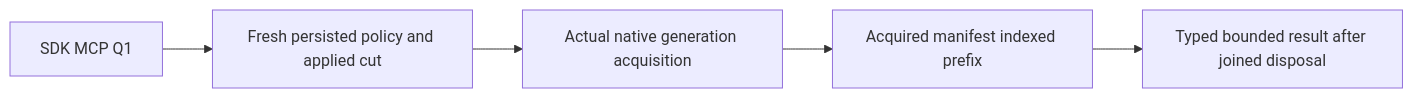
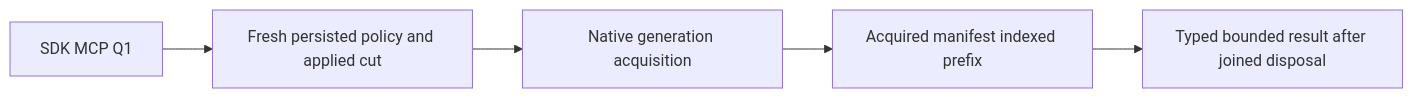
One commit to managedcode/KeyLoad changed the third of 3 diagrams in docs/Features/Search.md. Above: the diagram before and after it, drawn with Mermaid. The commit also changed other lines of this file and 7356 other files, not shown here.

````diff
--- a/docs/Features/Search.md
+++ b/docs/Features/Search.md
@@ -520,7 +124,7 @@
 ```mermaid
 flowchart LR
   Caller[SDK MCP Q1] --> Authority[Fresh persisted policy and applied cut]
-  Authority --> Pin[Actual native generation acquisition]
+  Authority --> Pin[Native generation acquisition]
   Pin --> Prefix[Acquired manifest indexed prefix]
   Prefix --> Result[Typed bounded result after joined disposal]
 ```
````
